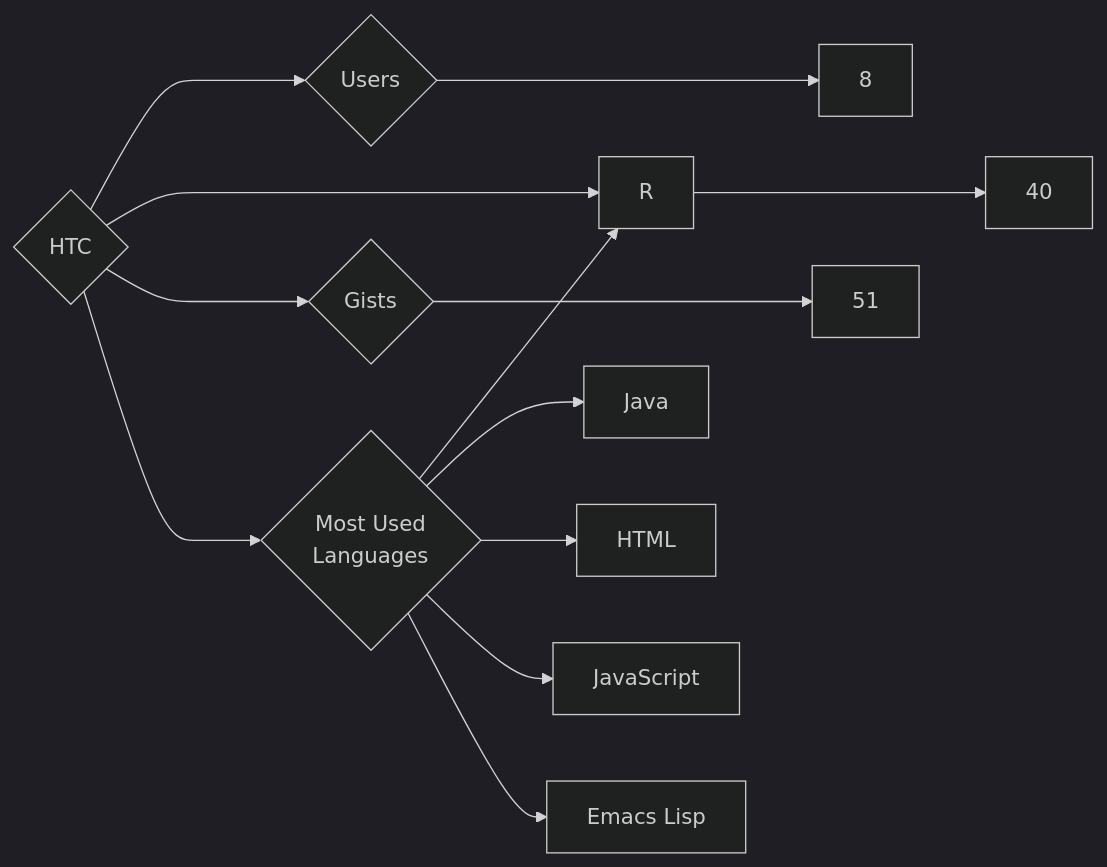
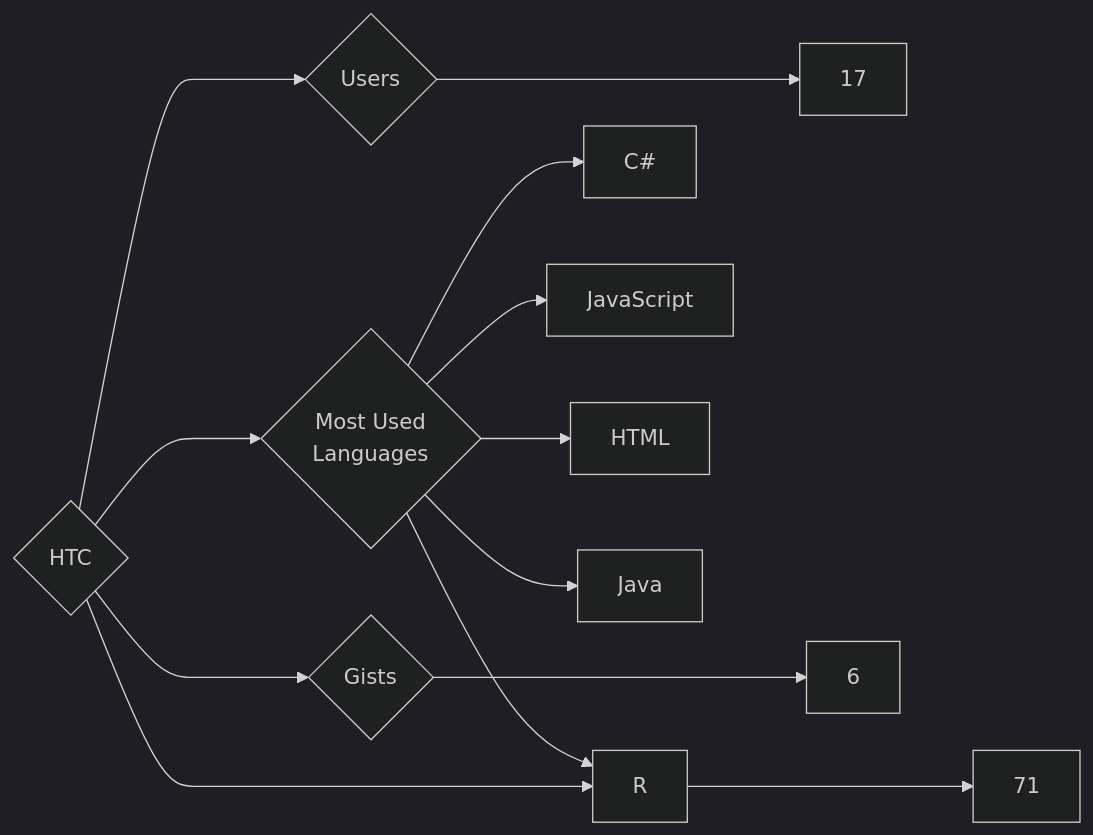
The diagram in targets/HTC/README.md (trickest/insiders), drawn with Mermaid (dark theme) before and after one commit. The commit also changed 895 other files, not shown here.

````diff
--- a/targets/HTC/README.md
+++ b/targets/HTC/README.md
@@ -3,13 +3,13 @@
 ```mermaid
 graph LR
 COMPANY_NAME{HTC}
-COMPANY_NAME ---> U{Users} ---> UN[8]
-COMPANY_NAME ---> R{Repositories} ---> RN[40]
-COMPANY_NAME ---> G{Gists} ---> GN[51]
+COMPANY_NAME ---> U{Users} ---> UN[17]
+COMPANY_NAME ---> R{Repositories} ---> RN[71]
+COMPANY_NAME ---> G{Gists} ---> GN[6]
 COMPANY_NAME ---> ML{Most Used<br>Languages}
+ML --> C#[C#]
+ML --> JavaScript[JavaScript]
+ML --> HTML[HTML]
 ML --> R[R]
 ML --> Java[Java]
-ML --> HTML[HTML]
-ML --> JavaScript[JavaScript]
-ML --> Emacs_Lisp[Emacs Lisp]
 ```
````
